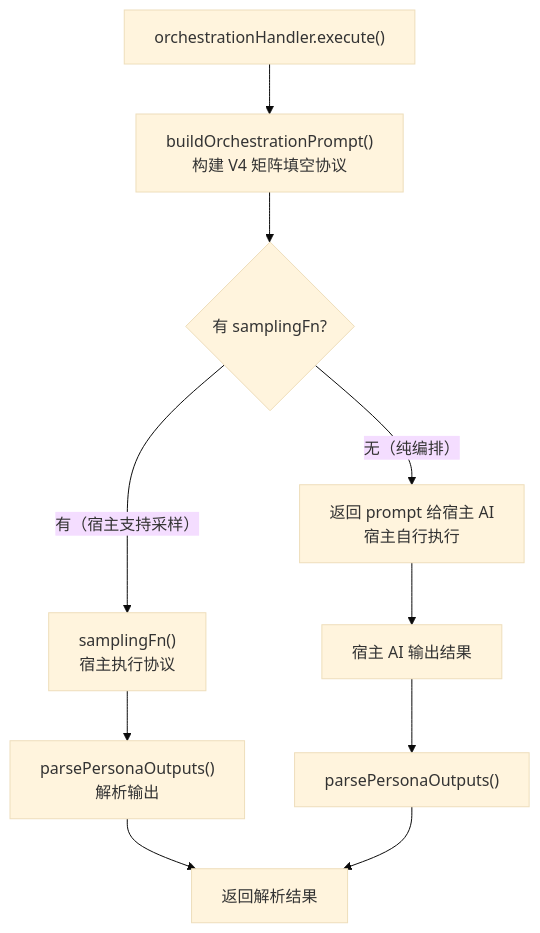
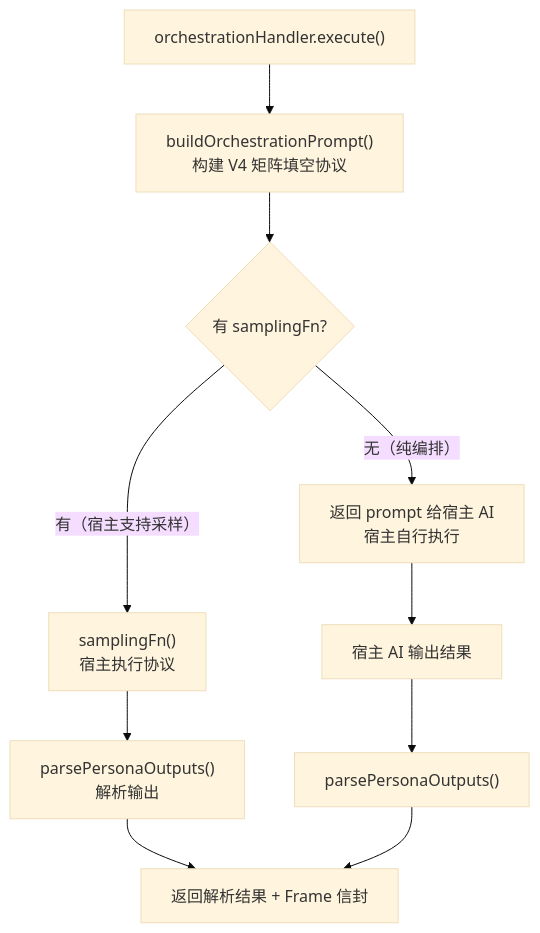
The sixth of 7 diagrams in docs/README.zh.md (ChurzeXo/kevlar-4u), drawn with Mermaid (base theme) before and after one commit. The commit also changed other lines of this file, not shown here.

````diff
--- a/docs/README.zh.md
+++ b/docs/README.zh.md
@@ -256,12 +268,12 @@
 ```mermaid
 flowchart TD
   A["orchestrationHandler.execute()"] --> B["buildOrchestrationPrompt()\n构建 V4 矩阵填空协议"]
   B --> C{"有 samplingFn?"}
   C -->|"有（宿主支持采样）"| D["samplingFn()\n宿主执行协议"]
   D --> E["parsePersonaOutputs()\n解析输出"]
-  E --> F["返回解析结果"]
+  E --> F["返回解析结果 + Frame 信封"]
   C -->|"无（纯编排）"| G["返回 prompt 给宿主 AI\n宿主自行执行"]
   G --> H["宿主 AI 输出结果"]
   H --> I["parsePersonaOutputs()"]
   I --> F
 ```
````
